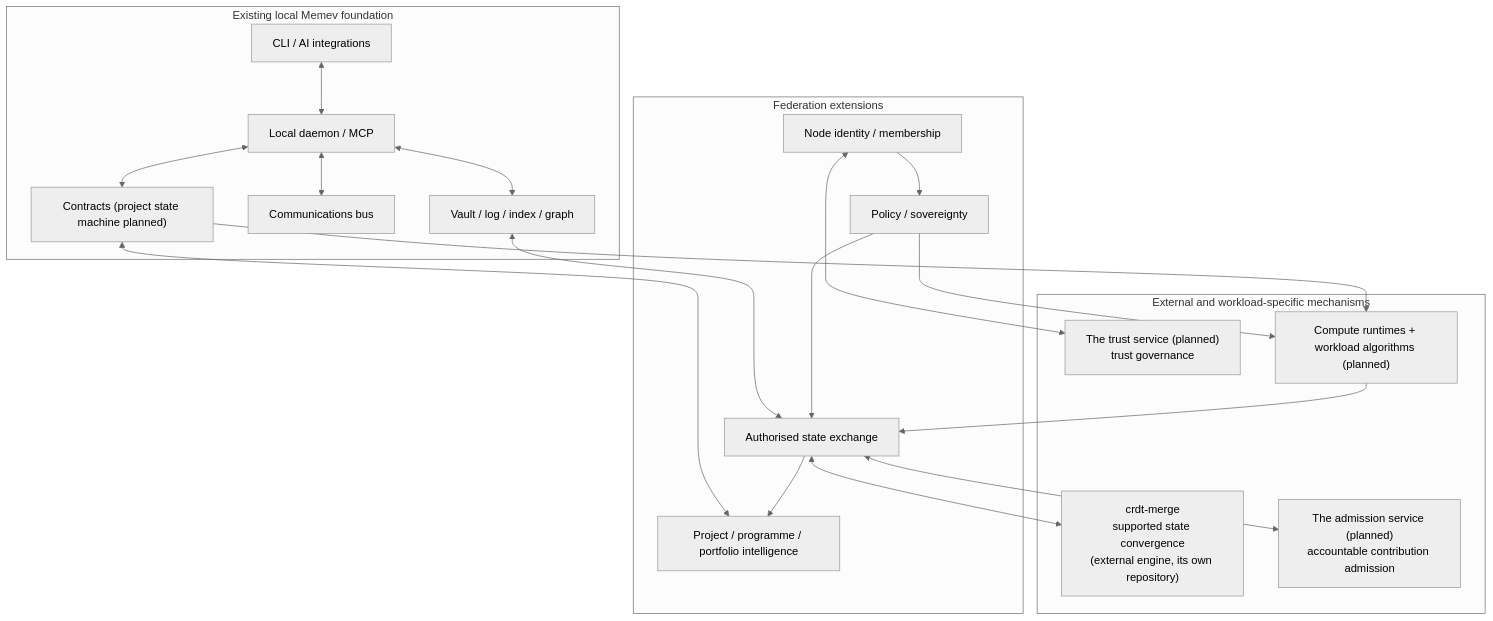
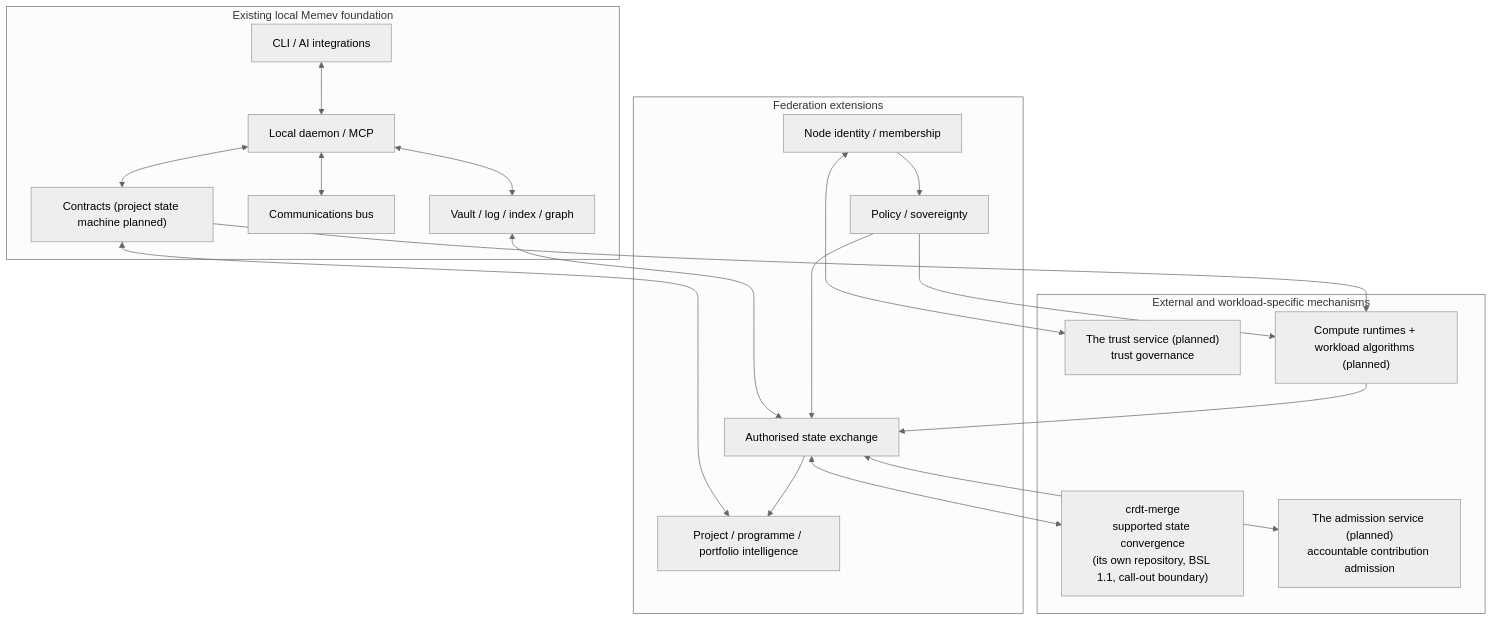
Before and after one commit to mgillr/memev: the diagram in docs/ARCHITECTURAL-INTERDEPENDENCIES.md, drawn with Mermaid (neutral theme). The commit also changed 5 other files, not shown here.

````diff
--- a/docs/ARCHITECTURAL-INTERDEPENDENCIES.md
+++ b/docs/ARCHITECTURAL-INTERDEPENDENCIES.md
@@ -63,36 +63,36 @@
 ```mermaid
 flowchart TB
   subgraph local["Existing local Memev foundation"]
     cli["CLI / AI integrations"]
     server["Local daemon / MCP"]
     memory["Vault / log / index / graph"]
     bus["Communications bus"]
     work["Contracts (project state machine planned)"]
     cli <--> server
     server <--> memory
     server <--> bus
     server <--> work
   end
   subgraph federation["Federation extensions"]
     identity["Node identity / membership"]
     policy["Policy / sovereignty"]
     exchange["Authorised state exchange"]
     intelligence["Project / programme / portfolio intelligence"]
     identity --> policy --> exchange
     exchange --> intelligence
   end
   subgraph engines["External and workload-specific mechanisms"]
-    merge["crdt-merge<br/>supported state convergence<br/>(external engine, its own repository)"]
+    merge["crdt-merge<br/>supported state convergence<br/>(its own repository, BSL 1.1, call-out boundary)"]
     admission["The admission service (planned)<br/>accountable contribution admission"]
     trust["The trust service (planned)<br/>trust governance"]
     runtime["Compute runtimes + workload algorithms (planned)"]
   end
   memory <--> exchange
   work <--> intelligence
   exchange <--> merge
   exchange <--> admission
   identity <--> trust
   policy --> runtime
   work --> runtime
   runtime --> exchange
 ```
````
